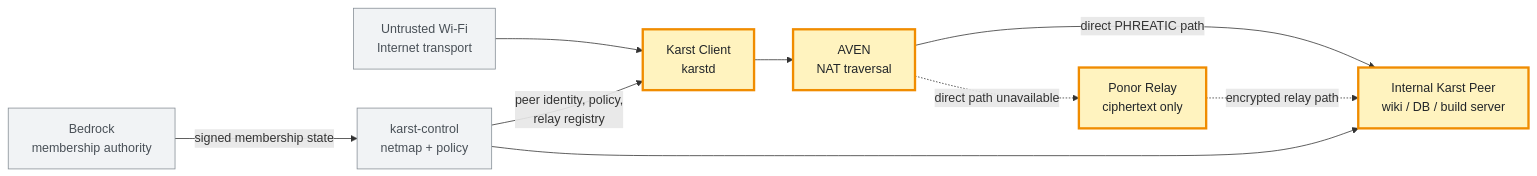
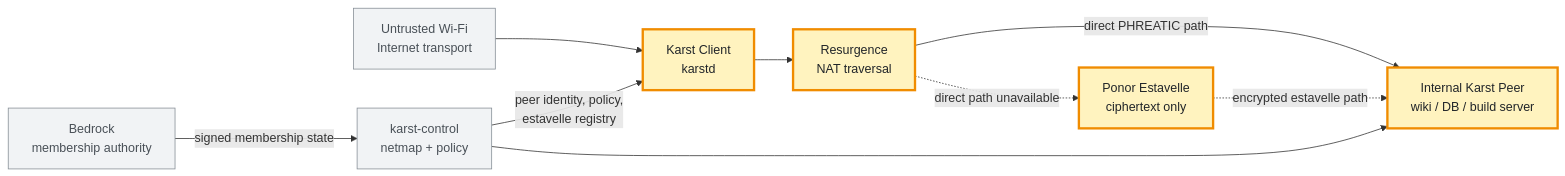
Before and after one commit to karst-net/karst: the first of 9 diagrams in docs/CUSTOMER-SCENARIOS.md, drawn with Mermaid. The commit also changed other lines of this file and 474 other files, not shown here.

First line of the commit message:
Rename AVEN/Relay/Gateway to Resurgence/Estavelle/Aven (ADR-0069) (#557)

````diff
--- a/docs/CUSTOMER-SCENARIOS.md
+++ b/docs/CUSTOMER-SCENARIOS.md
@@ -62,24 +62,24 @@
 ```mermaid
 flowchart LR
     WiFi["Untrusted Wi-Fi<br/>Internet transport"]
     Client["Karst Client<br/>karstd"]
-    AVEN["AVEN<br/>NAT traversal"]
-    Relay["Ponor Relay<br/>ciphertext only"]
+    Resurgence["Resurgence<br/>NAT traversal"]
+    Estavelle["Ponor Estavelle<br/>ciphertext only"]
     Peer["Internal Karst Peer<br/>wiki / DB / build server"]
     Control["karst-control<br/>netmap + policy"]
     Bedrock["Bedrock<br/>membership authority"]
 
     WiFi --> Client
-    Client --> AVEN
-    AVEN -->|"direct PHREATIC path"| Peer
-    AVEN -.->|"direct path unavailable"| Relay
-    Relay -.->|"encrypted relay path"| Peer
-    Control -->|"peer identity, policy,<br/>relay registry"| Client
+    Client --> Resurgence
+    Resurgence -->|"direct PHREATIC path"| Peer
+    Resurgence -.->|"direct path unavailable"| Estavelle
+    Estavelle -.->|"encrypted estavelle path"| Peer
+    Control -->|"peer identity, policy,<br/>estavelle registry"| Client
     Control --> Peer
     Bedrock -->|"signed membership state"| Control
 
     classDef focus fill:#fff3bf,stroke:#f08c00,stroke-width:3px,color:#212529;
     classDef context fill:#f1f3f5,stroke:#868e96,color:#495057;
-    class Client,AVEN,Relay,Peer focus;
+    class Client,Resurgence,Estavelle,Peer focus;
     class WiFi,Control,Bedrock context;
 ```
````
